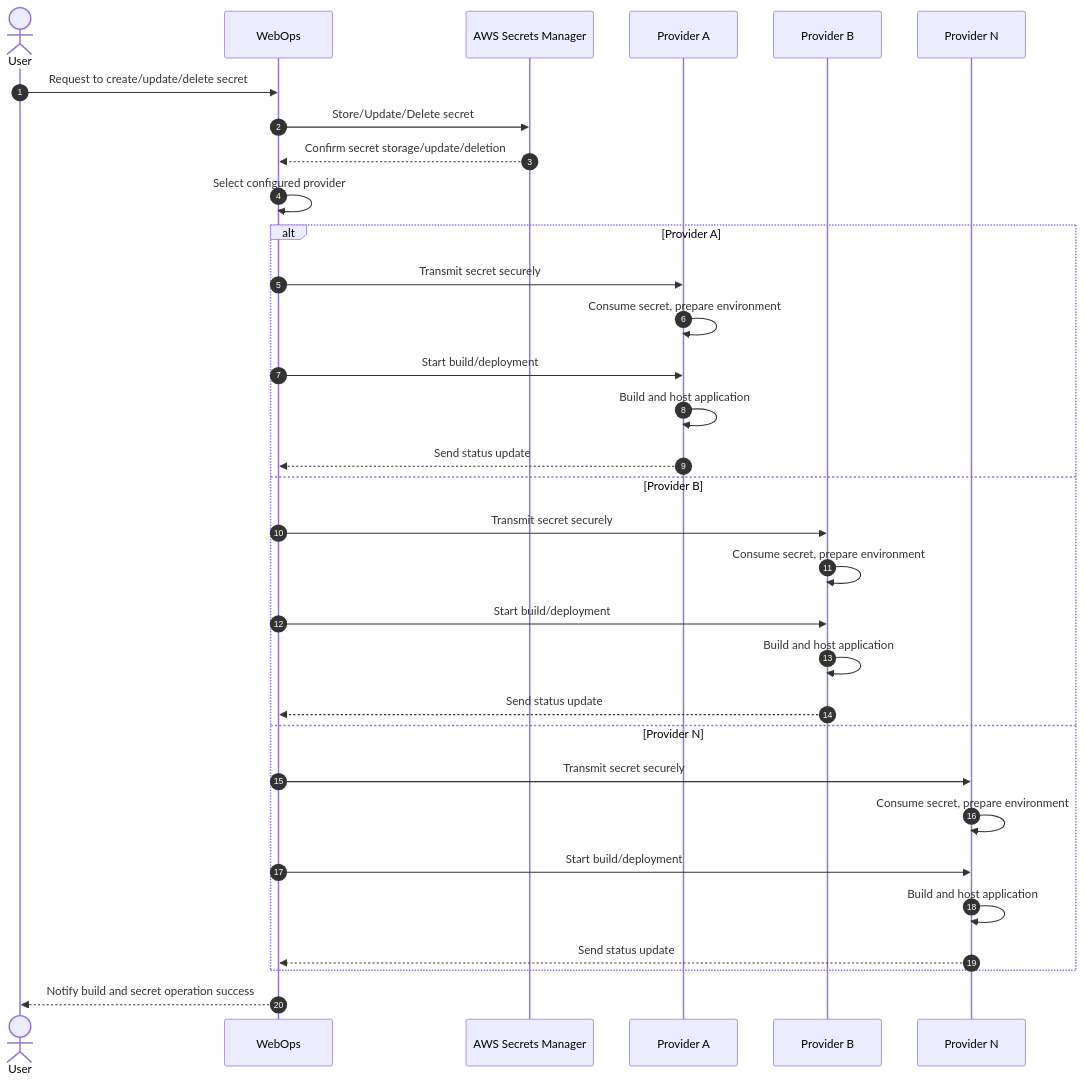
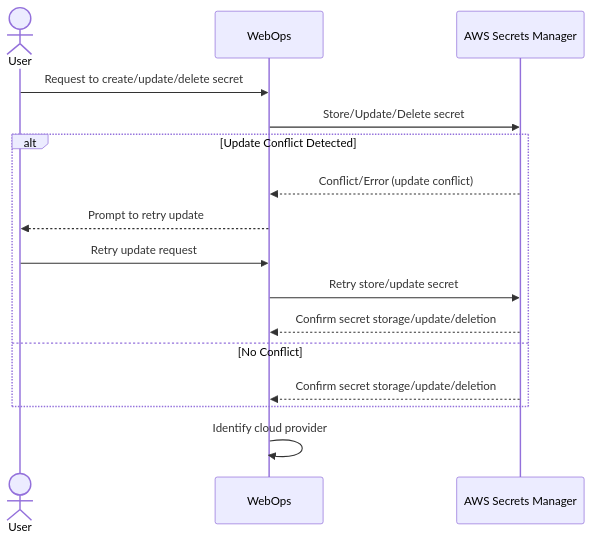
Before and after one commit to vtexdocs/dev-portal-content: the first of 3 diagrams in docs/faststore/docs/security/managing-secrets.mdx, drawn with Mermaid. The commit also changed other lines of this file, not shown here.

Commit message:
updating mermaid diagrams

````diff
--- a/docs/faststore/docs/security/managing-secrets.mdx
+++ b/docs/faststore/docs/security/managing-secrets.mdx
@@ -15,44 +17,25 @@
 ```mermaid
 sequenceDiagram
-autonumber
-  actor User as User
+  actor A1 as User
   participant WebOps as WebOps
   participant AWS as AWS Secrets Manager
-  participant ProviderA as Provider A
-  participant ProviderB as Provider B
-  participant ProviderN as Provider N
 
   %% 1. User initiates secret creation/update/deletion
-  User ->> WebOps: Request to create/update/delete secret
+  A1 ->> WebOps: Request to create/update/delete secret
 
   %% 2. WebOps stores secret in AWS Secrets Manager
   WebOps ->> AWS: Store/Update/Delete secret
-  AWS -->> WebOps: Confirm secret storage/update/deletion
+
+  alt Update Conflict Detected
+    AWS -->> WebOps: Conflict/Error (update conflict)
+    WebOps -->> A1: Prompt to retry update
+    A1 ->> WebOps: Retry update request
+    WebOps ->> AWS: Retry store/update secret
+    AWS -->> WebOps: Confirm secret storage/update/deletion
+  else No Conflict
+    AWS -->> WebOps: Confirm secret storage/update/deletion
+  end
 
   %% 3. WebOps determines which provider to use for build/deployment
-  WebOps ->> WebOps: Select configured provider
-
-  %% 4. WebOps propagates secret to selected provider and initiates build
-  alt Provider A
-    WebOps ->> ProviderA: Transmit secret securely
-    ProviderA ->> ProviderA: Consume secret, prepare environment
-    WebOps ->> ProviderA: Start build/deployment
-    ProviderA ->> ProviderA: Build and host application
-    ProviderA -->> WebOps: Send status update
-  else Provider B
-    WebOps ->> ProviderB: Transmit secret securely
-    ProviderB ->> ProviderB: Consume secret, prepare environment
-    WebOps ->> ProviderB: Start build/deployment
-    ProviderB ->> ProviderB: Build and host application
-    ProviderB -->> WebOps: Send status update
-  else Provider N
-    WebOps ->> ProviderN: Transmit secret securely
-    ProviderN ->> ProviderN: Consume secret, prepare environment
-    WebOps ->> ProviderN: Start build/deployment
-    ProviderN ->> ProviderN: Build and host application
-    ProviderN -->> WebOps: Send status update
-  end
-
-  %% 5. Feedback to user
-  WebOps -->> User: Notify build and secret operation success
+  WebOps ->> WebOps: Identify cloud provider
 ```
````
